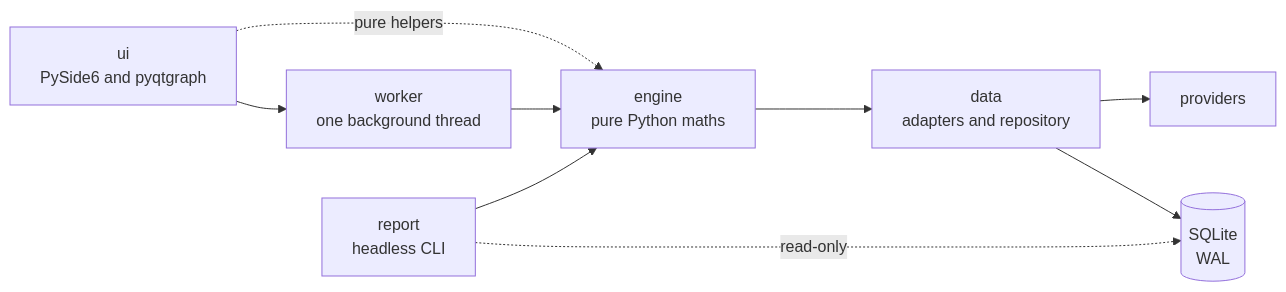
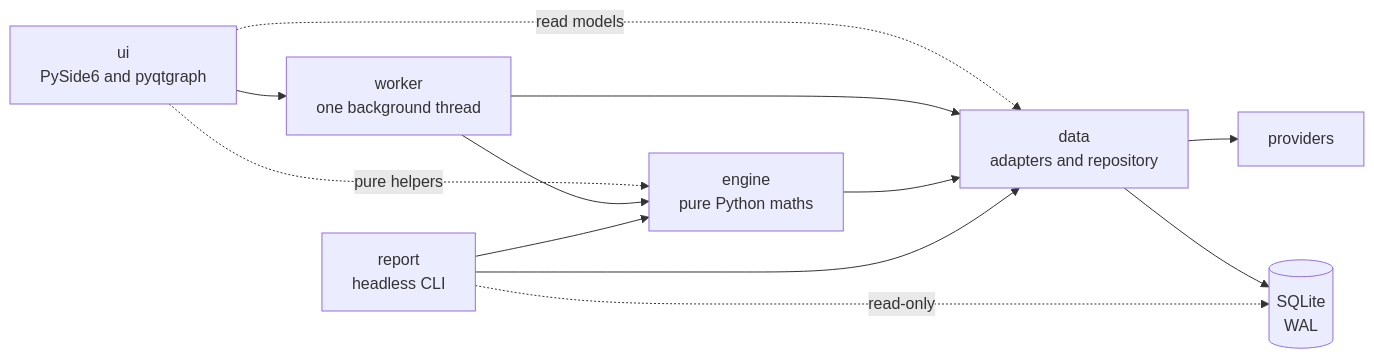
One commit to 5Muawiyah/MAHAD changed the first of 2 diagrams in docs/architecture.md. Above: the diagram before and after it, drawn with Mermaid.

Commit message:
Draw every import edge in the layering flowchart

````diff
--- a/docs/architecture.md
+++ b/docs/architecture.md
@@ -9,11 +9,14 @@
 ```mermaid
 flowchart LR
     UI["ui<br/>PySide6 and pyqtgraph"] --> W["worker<br/>one background thread"]
     UI -. "pure helpers" .-> E
+    UI -. "read models" .-> D
     W --> E["engine<br/>pure Python maths"]
+    W --> D
     E --> D["data<br/>adapters and repository"]
     D --> P["providers"]
     D --> DB[("SQLite<br/>WAL")]
     R["report<br/>headless CLI"] --> E
+    R --> D
     R -. "read-only" .-> DB
 ```
````
